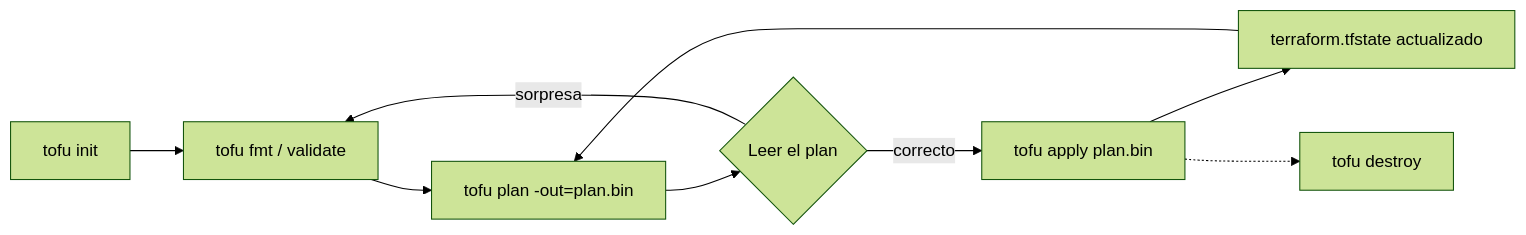
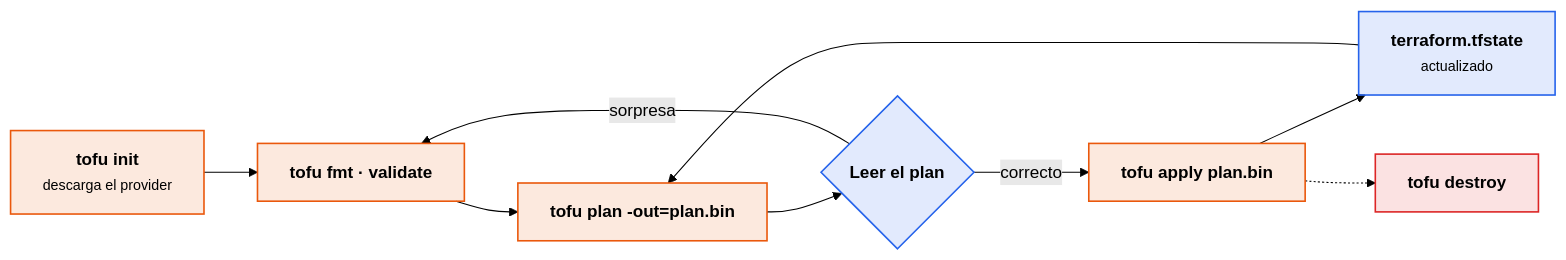
One commit to victor-educ/apuntes-5166 changed the first of 6 diagrams in docs/ut/ut5-iac.md. Above: the diagram before and after it, drawn with Mermaid (forest theme). The commit also changed other lines of this file and 12 other files, not shown here.

First line of the commit message:
Temporalización definitiva, gramática visual y diagramas en todas las unidades

````diff
--- a/docs/ut/ut5-iac.md
+++ b/docs/ut/ut5-iac.md
@@ -131,11 +132,21 @@
 ```mermaid
 flowchart LR
-    A[tofu init] --> B["tofu fmt / validate"]
-    B --> C["tofu plan -out=plan.bin"]
-    C --> D{Leer el plan}
-    D -- correcto --> E[tofu apply plan.bin]
+    A["<b>tofu init</b><br><small>descarga el provider</small>"]:::act
+    B["<b>tofu fmt · validate</b>"]:::act
+    C["<b>tofu plan -out=plan.bin</b>"]:::act
+    D{"<b>Leer el plan</b>"}:::dato
+    E["<b>tofu apply plan.bin</b>"]:::act
+    F["<b>terraform.tfstate</b><br><small>actualizado</small>"]:::dato
+    G["<b>tofu destroy</b>"]:::riesgo
+    A --> B --> C --> D
+    D -- correcto --> E
     D -- sorpresa --> B
-    E --> F[terraform.tfstate actualizado]
-    F --> C
-    E -.-> G[tofu destroy]
+    E --> F --> C
+    E -.-> G
+    classDef act fill:#ea580c22,stroke:#ea580c,stroke-width:1.5px
+    classDef pieza fill:#64748b22,stroke:#64748b,stroke-width:1.5px
+    classDef dato fill:#2563eb22,stroke:#2563eb,stroke-width:1.5px
+    classDef infra fill:#a1a1aa14,stroke:#a1a1aa,stroke-width:1.5px
+    classDef ok fill:#16a34a22,stroke:#16a34a,stroke-width:1.5px
+    classDef riesgo fill:#dc262622,stroke:#dc2626,stroke-width:1.5px
 ```
````
